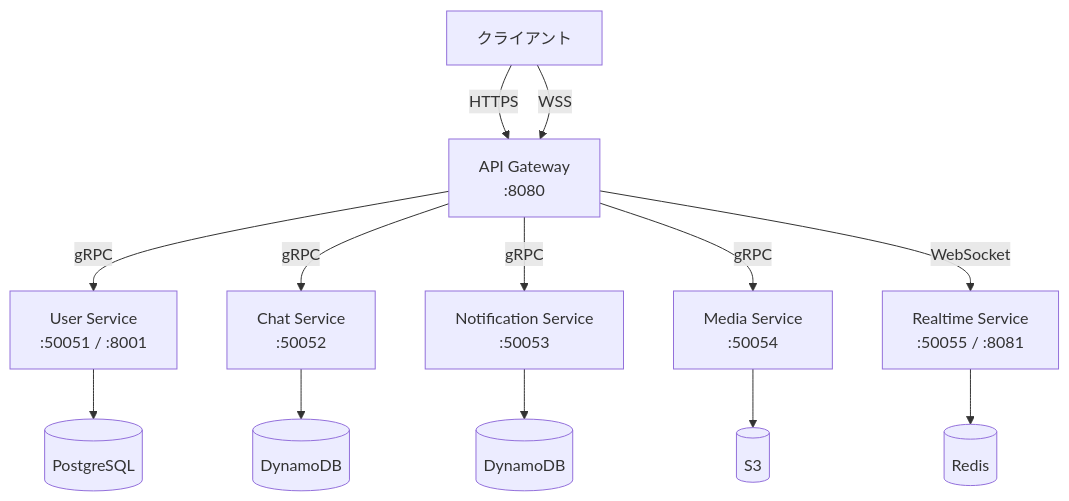
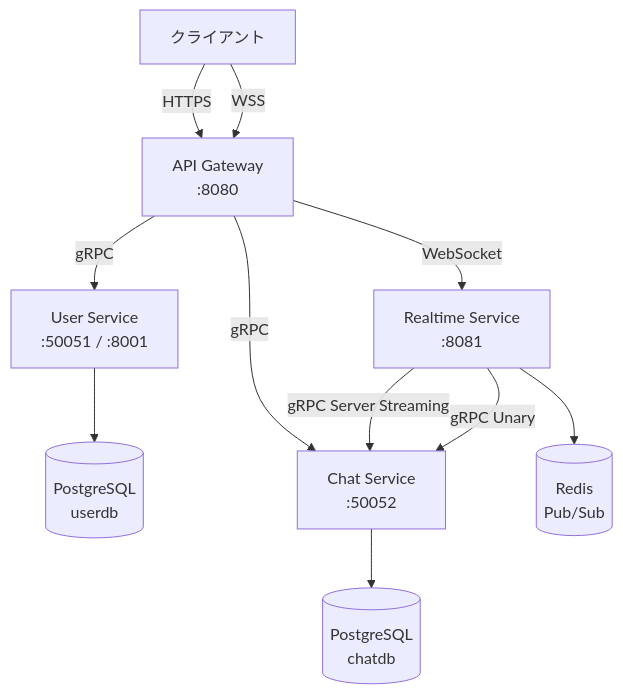
Before and after one commit to shunto-ishiguro/go-microservices-chat: the diagram in README.md, drawn with Mermaid. The commit also changed other lines of this file, not shown here.

````diff
--- a/README.md
+++ b/README.md
@@ -38,17 +42,16 @@
 ```mermaid
 graph TD
     Client["クライアント"] -->|HTTPS| GW["API Gateway<br/>:8080"]
     Client -->|WSS| GW
 
     GW -->|gRPC| US["User Service<br/>:50051 / :8001"]
     GW -->|gRPC| CS["Chat Service<br/>:50052"]
-    GW -->|gRPC| NS["Notification Service<br/>:50053"]
-    GW -->|gRPC| MS["Media Service<br/>:50054"]
-    GW -->|WebSocket| RS["Realtime Service<br/>:50055 / :8081"]
+    GW -->|WebSocket| RS["Realtime Service<br/>:8081"]
 
-    US --> PG1[("PostgreSQL")]
-    CS --> DDB1[("DynamoDB")]
-    NS --> DDB2[("DynamoDB")]
-    MS --> S3[("S3")]
-    RS --> Redis[("Redis")]
+    RS -->|gRPC Server Streaming| CS
+    RS -->|gRPC Unary| CS
+
+    US --> PG1[("PostgreSQL<br/>userdb")]
+    CS --> PG2[("PostgreSQL<br/>chatdb")]
+    RS --> Redis[("Redis<br/>Pub/Sub")]
 ```
````
